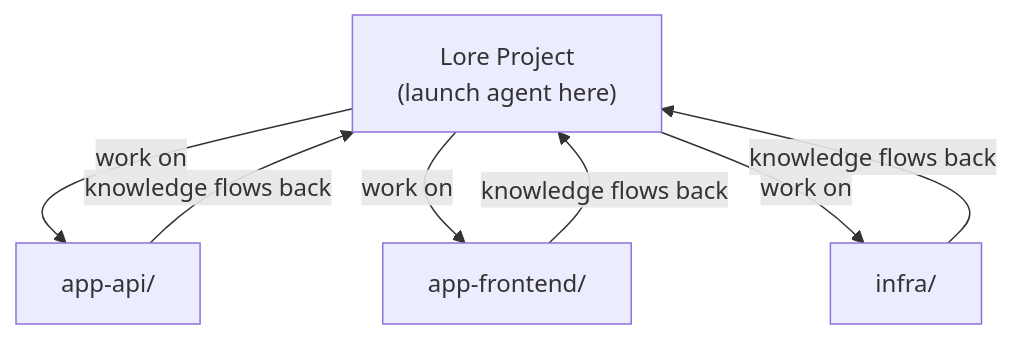
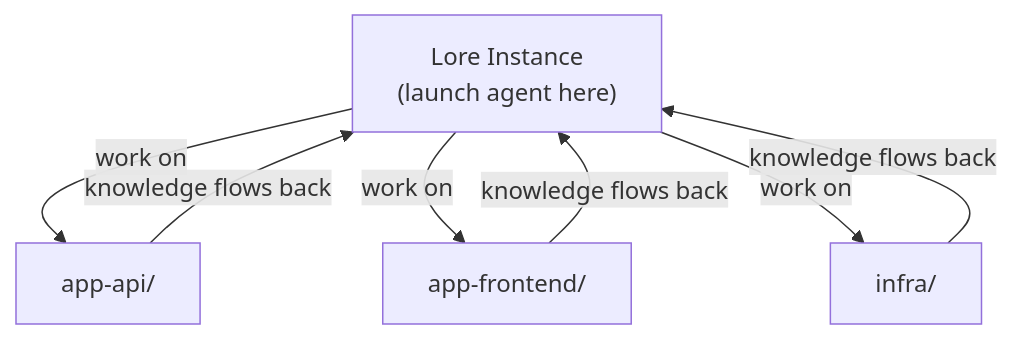
Before and after one commit to lorehq/lore-docs: the diagram in docs/guides/cross-repo-workflow.md, drawn with Mermaid. The commit also changed other lines of this file and 18 other files, not shown here.

````diff
--- a/docs/guides/cross-repo-workflow.md
+++ b/docs/guides/cross-repo-workflow.md
@@ -11,11 +11,11 @@
 ```mermaid
 flowchart TD
-    Lore["Lore Project<br/>(launch agent here)"]
+    Lore["Lore Instance<br/>(launch agent here)"]
     Lore -->|work on| A["app-api/"]
     Lore -->|work on| B["app-frontend/"]
     Lore -->|work on| C["infra/"]
 
     A -->|knowledge flows back| Lore
     B -->|knowledge flows back| Lore
     C -->|knowledge flows back| Lore
 ```
````
